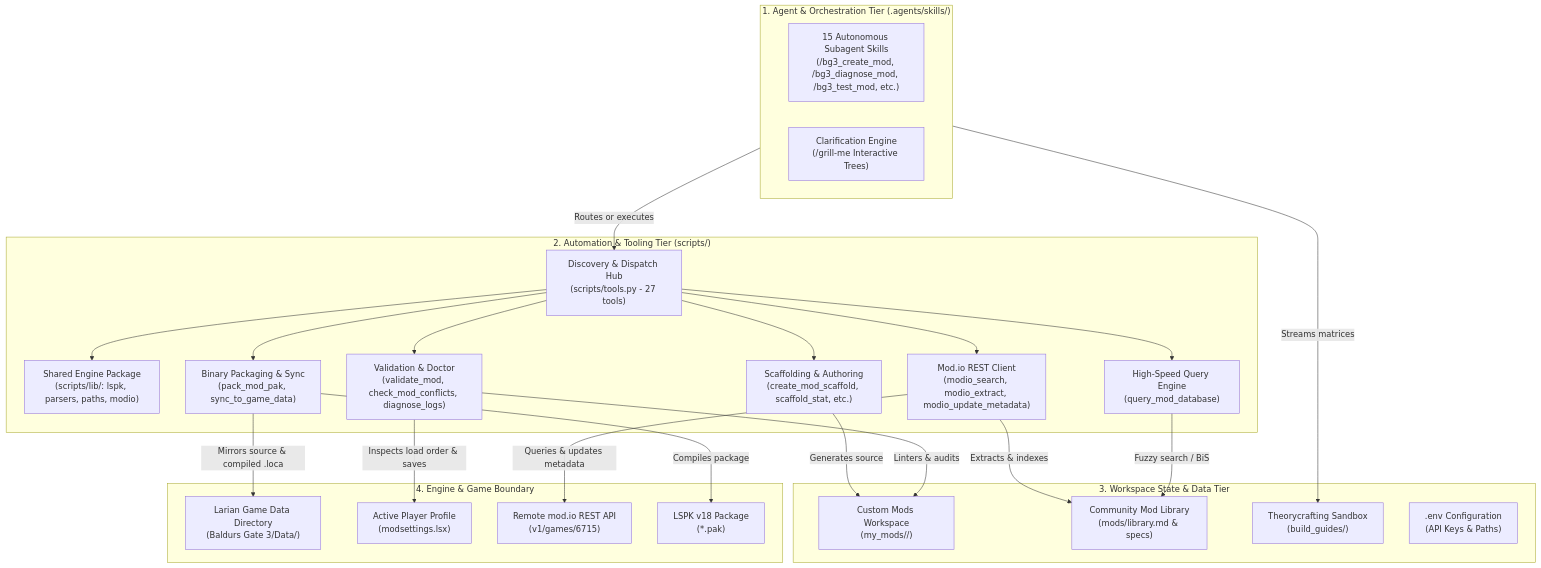
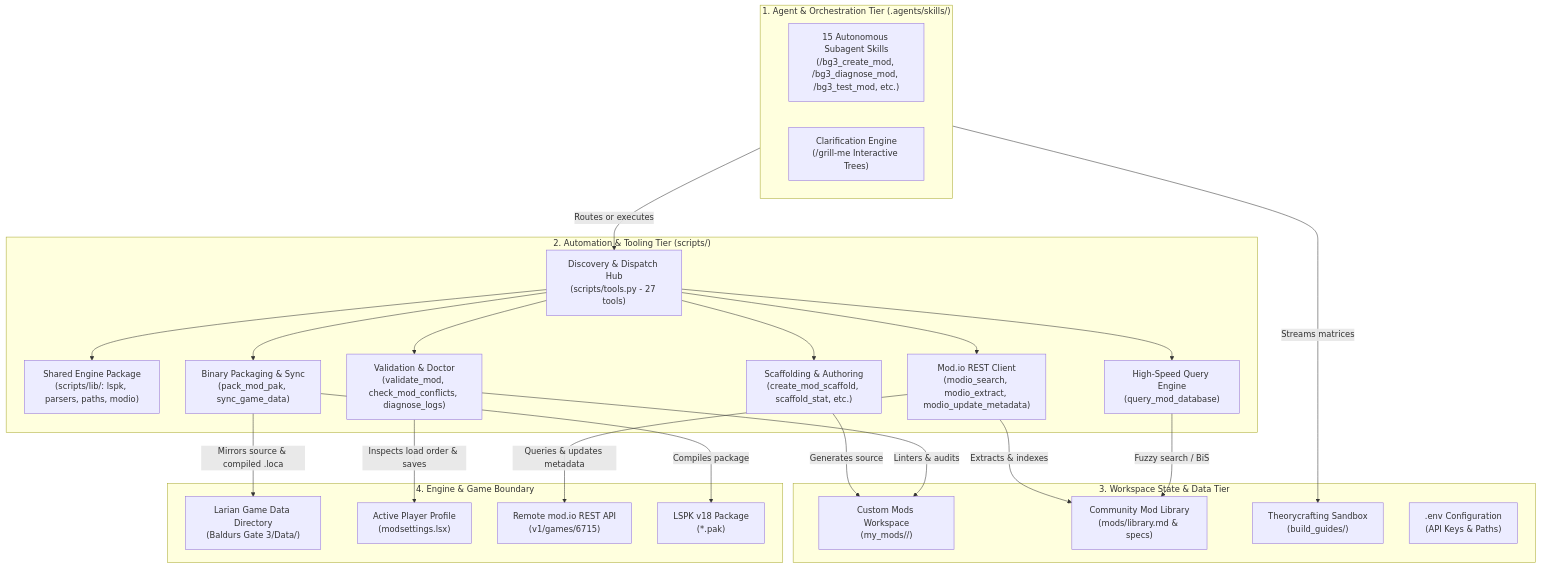
One commit to jpelton-stroud/bg3-mod-studio changed the first of 3 diagrams in docs/ARCHITECTURE.md. Above: the diagram before and after it, drawn with Mermaid. The commit also changed other lines of this file and 17 other files, not shown here.

First line of the commit message:
feat(scripts): support multi-deps in add_mod_dependency and update sync tooling (#29)

````diff
--- a/docs/ARCHITECTURE.md
+++ b/docs/ARCHITECTURE.md
@@ -14,49 +14,49 @@
 ```mermaid
 flowchart TD
     subgraph Tier1["1. Agent & Orchestration Tier (.agents/skills/)"]
         Agents["15 Autonomous Subagent Skills\n(/bg3_create_mod, /bg3_diagnose_mod, /bg3_test_mod, etc.)"]
         GrillMe["Clarification Engine\n(/grill-me Interactive Trees)"]
     end
 
     subgraph Tier2["2. Automation & Tooling Tier (scripts/)"]
         Router["Discovery & Dispatch Hub\n(scripts/tools.py - 27 tools)"]
         SharedLib["Shared Engine Package\n(scripts/lib/: lspk, parsers, paths, modio)"]
         Scaffold["Scaffolding & Authoring\n(create_mod_scaffold, scaffold_stat, etc.)"]
-        Packaging["Binary Packaging & Sync\n(pack_mod_pak, sync_to_game_data)"]
+        Packaging["Binary Packaging & Sync\n(pack_mod_pak, sync_game_data)"]
         Diagnostics["Validation & Doctor\n(validate_mod, check_mod_conflicts, diagnose_logs)"]
         ModioSuite["Mod.io REST Client\n(modio_search, modio_extract, modio_update_metadata)"]
         QueryEngine["High-Speed Query Engine\n(query_mod_database)"]
     end
 
     subgraph Tier3["3. Workspace State & Data Tier"]
         MyMods["Custom Mods Workspace\n(my_mods/<mod-slug>/)"]
         ModsLib["Community Mod Library\n(mods/library.md & specs)"]
         Sandboxes["Theorycrafting Sandbox\n(build_guides/)"]
         Config[".env Configuration\n(API Keys & Paths)"]
     end
 
     subgraph Tier4["4. Engine & Game Boundary"]
         GameData["Larian Game Data Directory\n(Baldurs Gate 3/Data/)"]
         ProfileSettings["Active Player Profile\n(modsettings.lsx)"]
         ModioRemote["Remote mod.io REST API\n(v1/games/6715)"]
         Distribution["LSPK v18 Package\n(*.pak)"]
     end
 
     Tier1 -->|Routes or executes| Router
     Router --> SharedLib
     Router --> Scaffold
     Router --> Packaging
     Router --> Diagnostics
     Router --> ModioSuite
     Router --> QueryEngine
 
     Scaffold -->|Generates source| MyMods
     Packaging -->|Mirrors source & compiled .loca| GameData
     Packaging -->|Compiles package| Distribution
     Diagnostics -->|Linters & audits| MyMods
     Diagnostics -->|Inspects load order & saves| ProfileSettings
     ModioSuite -->|Queries & updates metadata| ModioRemote
     ModioSuite -->|Extracts & indexes| ModsLib
     QueryEngine -->|Fuzzy search / BiS| ModsLib
     Tier1 -->|Streams matrices| Sandboxes
 ```
````
